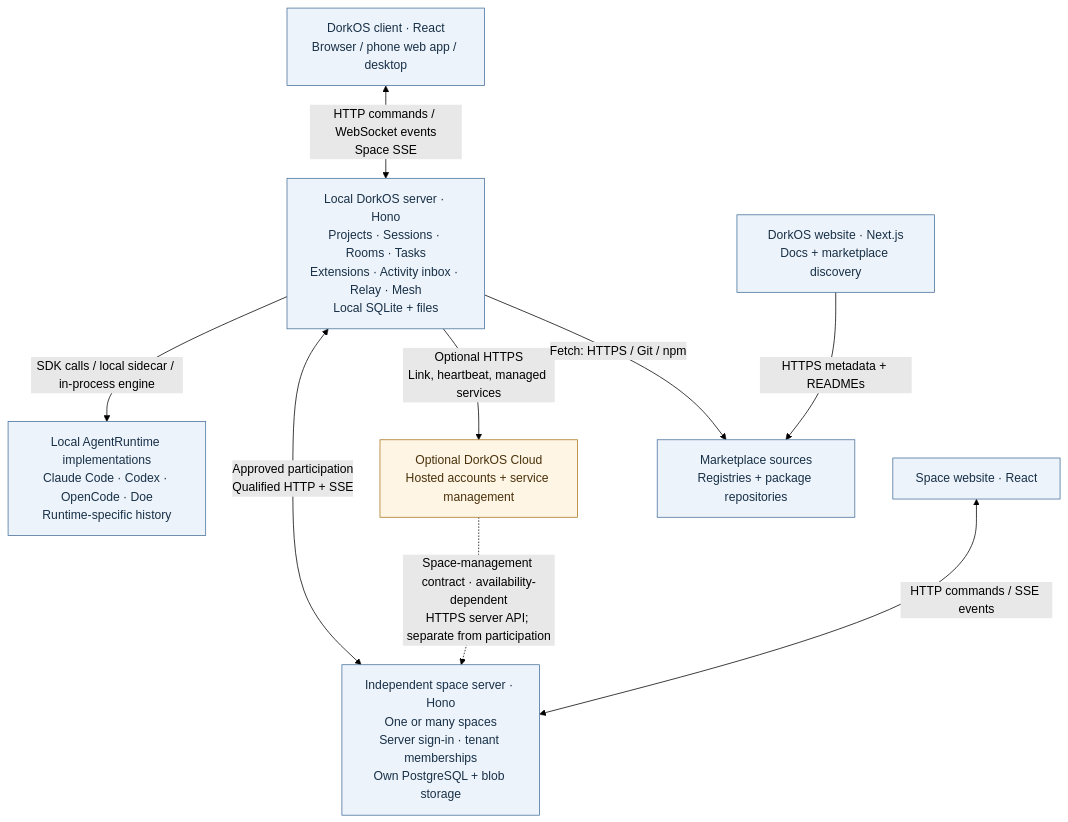
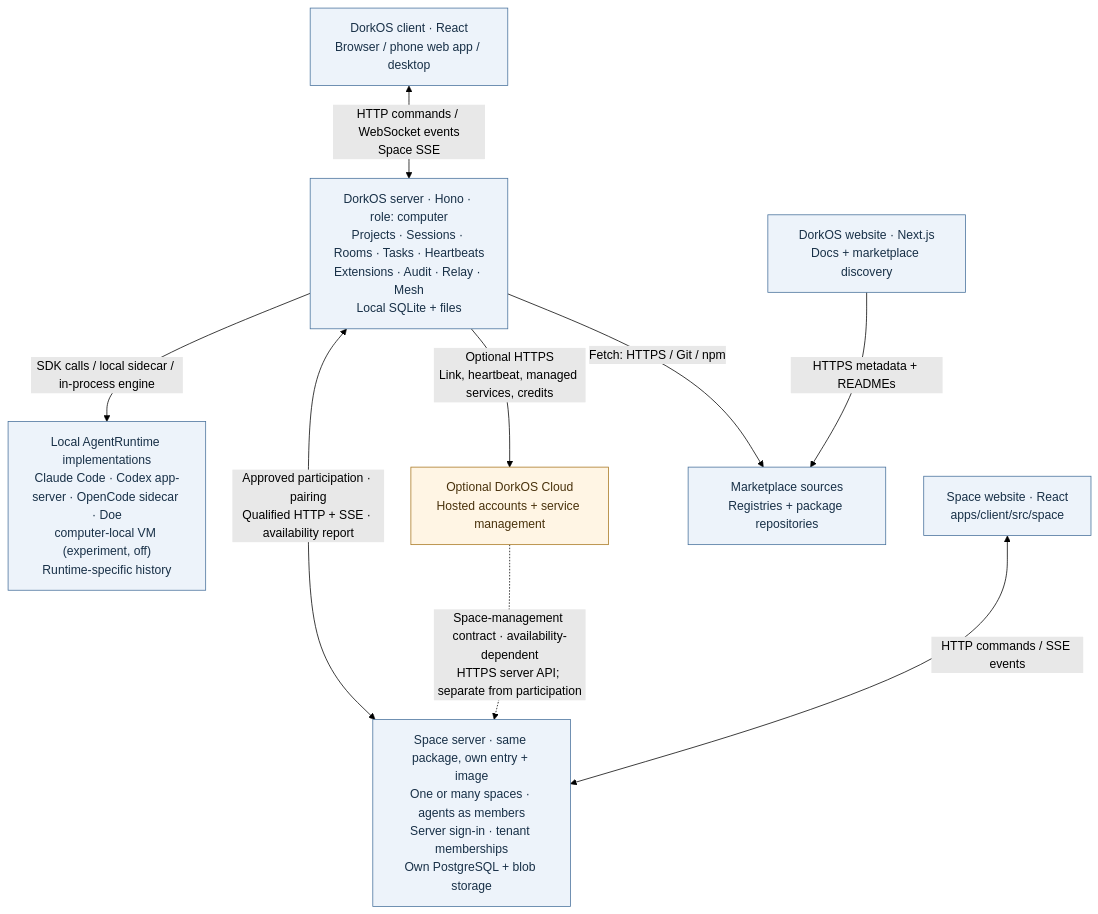
The diagram in contributing/diagrams/architecture/system-context.mmd (dork-labs/dorkos), drawn with Mermaid (forest theme) before and after one commit. The commit also changed 18 other files, not shown here.

```diff
--- a/contributing/diagrams/architecture/system-context.mmd
+++ b/contributing/diagrams/architecture/system-context.mmd
@@ -1,23 +1,23 @@
 flowchart TB
   accTitle: DorkOS systems and deployment boundaries
-  accDescr: The client reaches the local execution server. Independent space servers serve one or many spaces. Cloud space management uses a separate public server API contract; rollout is independent of local implementation. Marketplace discovery and installation use the same package sources.
+  accDescr: The client reaches the local execution server. The space server is a second entry and image target of the same server package, with its own Postgres and sign-in. Cloud space management uses a separate public server API contract; rollout is independent of local implementation. Marketplace discovery and installation use the same package sources. Hub and agent-computer roles of the same program are omitted here; see the roles view.
   client["DorkOS client · React<br/>Browser / phone web app / desktop"]
-  server["Local DorkOS server · Hono<br/>Projects · Sessions · Rooms · Tasks<br/>Extensions · Activity inbox · Relay · Mesh<br/>Local SQLite + files"]
-  runtime["Local AgentRuntime implementations<br/>Claude Code · Codex · OpenCode · Doe<br/>Runtime-specific history"]
+  server["DorkOS server · Hono · role: computer<br/>Projects · Sessions · Rooms · Tasks · Heartbeats<br/>Extensions · Audit · Relay · Mesh<br/>Local SQLite + files"]
+  runtime["Local AgentRuntime implementations<br/>Claude Code · Codex app-server · OpenCode sidecar · Doe<br/>computer-local VM (experiment, off)<br/>Runtime-specific history"]
   cloud["Optional DorkOS Cloud<br/>Hosted accounts + service management"]
-  community["Independent space server · Hono<br/>One or many spaces<br/>Server sign-in · tenant memberships<br/>Own PostgreSQL + blob storage"]
-  communityUI["Space website · React"]
+  community["Space server · same package, own entry + image<br/>One or many spaces · agents as members<br/>Server sign-in · tenant memberships<br/>Own PostgreSQL + blob storage"]
+  communityUI["Space website · React<br/>apps/client/src/space"]
   sources["Marketplace sources<br/>Registries + package repositories"]
   site["DorkOS website · Next.js<br/>Docs + marketplace discovery"]
   client <-->|"HTTP commands / WebSocket events<br/>Space SSE"| server
   server -->|"SDK calls / local sidecar / in-process engine"| runtime
-  server -->|"Optional HTTPS<br/>Link, heartbeat, managed services"| cloud
-  server <-->|"Approved participation<br/>Qualified HTTP + SSE"| community
+  server -->|"Optional HTTPS<br/>Link, heartbeat, managed services, credits"| cloud
+  server <-->|"Approved participation · pairing<br/>Qualified HTTP + SSE · availability report"| community
   cloud -.->|"Space-management contract · availability-dependent<br/>HTTPS server API; separate from participation"| community
   communityUI <-->|"HTTP commands / SSE events"| community
   server -->|"Fetch: HTTPS / Git / npm"| sources
   site -->|"HTTPS metadata + READMEs"| sources
   classDef service fill:#edf3fa,stroke:#46709b,color:#183047
   classDef hosted fill:#fff5e4,stroke:#a87720,color:#49320c
   class server,community,runtime,client,communityUI,site,sources service
   class cloud hosted
```
